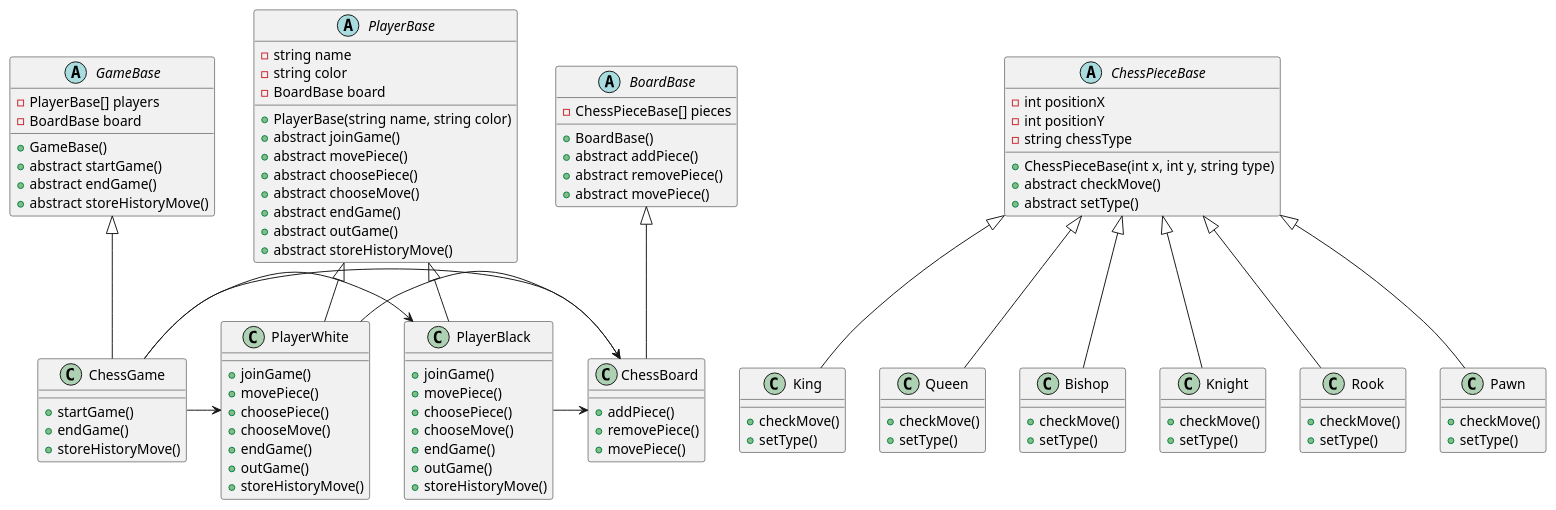
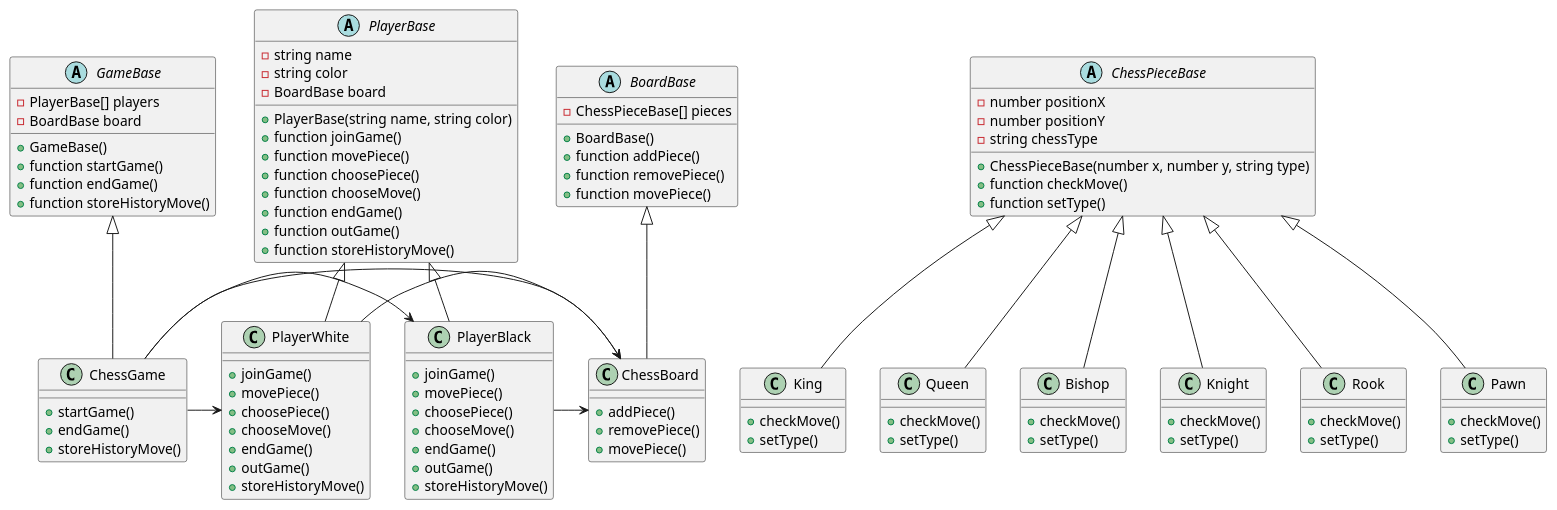
The diagram in classDiagram.puml (TranCongB1nh/Homework-Diagram), drawn with PlantUML before and after one commit. The commit also changed 1 other file, not shown here.

Commit message:
fix 3 diagram

```diff
--- a/classDiagram.puml
+++ b/classDiagram.puml
@@ -1,126 +1,126 @@
 abstract ChessPieceBase {
-    - int positionX
-    - int positionY
+    - number positionX
+    - number positionY
     - string chessType
-    + ChessPieceBase(int x, int y, string type)
-    + abstract checkMove()
-    + abstract setType()
+    + ChessPieceBase(number x, number y, string type)
+    + function checkMove()
+    + function setType()
 }
 
 
 class King {
     + checkMove()
     + setType()
 }
 
 class Queen {
     + checkMove()
     + setType()
 }
 
 class Bishop {
     + checkMove()
     + setType()
 }
 
 class Knight {
     + checkMove()
     + setType()
 }
 
 class Rook {
     + checkMove()
     + setType()
 }   
 
 class Pawn {
     + checkMove()
     + setType()
 }
 
 ChessPieceBase <|-- King
 ChessPieceBase <|-- Queen
 ChessPieceBase <|-- Bishop
 ChessPieceBase <|-- Knight
 ChessPieceBase <|-- Rook
 ChessPieceBase <|-- Pawn
 
 
 
 abstract BoardBase {
     - ChessPieceBase[] pieces
     + BoardBase()
-    + abstract addPiece()
-    + abstract removePiece()
-    + abstract movePiece()
+    + function addPiece()
+    + function removePiece()
+    + function movePiece()
 }
 
 class ChessBoard {
     + addPiece()
     + removePiece()
     + movePiece()
 }
 
 BoardBase <|-- ChessBoard
 
 abstract PlayerBase {
     - string name
     - string color
     - BoardBase board
     + PlayerBase(string name, string color)
-    + abstract joinGame()
-    + abstract movePiece()
-    + abstract choosePiece()
-    + abstract chooseMove()
-    + abstract endGame()
-    + abstract outGame()
-    + abstract storeHistoryMove()
+    + function joinGame()
+    + function movePiece()
+    + function choosePiece()
+    + function chooseMove()
+    + function endGame()
+    + function outGame()
+    + function storeHistoryMove()
 }
 
 class PlayerBlack {
     + joinGame()
     + movePiece()
     + choosePiece()
     + chooseMove()
     + endGame()
     + outGame()
     + storeHistoryMove()
 }
 
 class PlayerWhite {
     + joinGame()
     + movePiece()
     + choosePiece()
     + chooseMove()
     + endGame()
     + outGame()
     + storeHistoryMove()
 }
 
 PlayerBase <|-- PlayerBlack
 PlayerBase <|-- PlayerWhite
 
 PlayerBlack -> ChessBoard
 PlayerWhite -> ChessBoard
 
 
 abstract GameBase {
     - PlayerBase[] players
     - BoardBase board
     + GameBase()
-    + abstract startGame()
-    + abstract endGame()
-    + abstract storeHistoryMove()
+    + function startGame()
+    + function endGame()
+    + function storeHistoryMove()
 }
 
 class ChessGame {
     + startGame()
     + endGame()
     + storeHistoryMove()
 }
 
 GameBase <|-- ChessGame
 
 ChessGame -> PlayerBlack
 ChessGame -> PlayerWhite
 ChessGame -> ChessBoard
```
